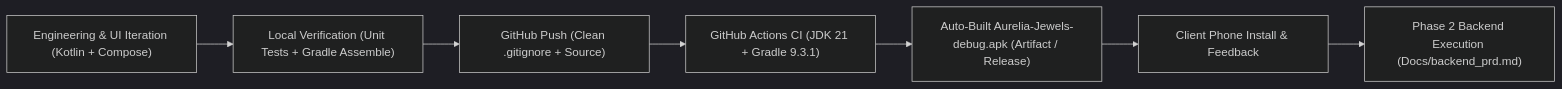
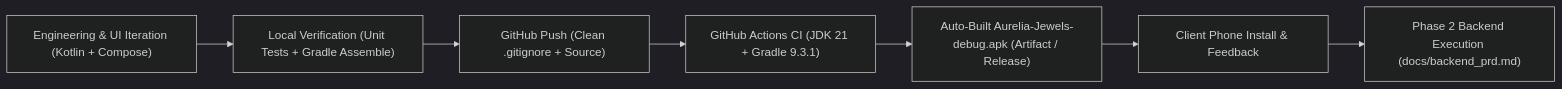
The fifth of 5 diagrams in README.md (weartome/Aurelia-Jewels-modern-app-ui), drawn with Mermaid (dark theme) before and after one commit. The commit also changed other lines of this file and 10 other files, not shown here.

````diff
--- a/README.md
+++ b/README.md
@@ -286,9 +280,9 @@
 ```mermaid
 flowchart LR
     DEV["Engineering & UI Iteration (Kotlin + Compose)"] --> TEST["Local Verification (Unit Tests + Gradle Assemble)"]
     TEST --> PUSH["GitHub Push (Clean .gitignore + Source)"]
     PUSH --> CI["GitHub Actions CI (JDK 21 + Gradle 9.3.1)"]
     CI --> APK["Auto-Built Aurelia-Jewels-debug.apk (Artifact / Release)"]
     APK --> UAT["Client Phone Install & Feedback"]
-    UAT --> PHASE2["Phase 2 Backend Execution (Docs/backend_prd.md)"]
+    UAT --> PHASE2["Phase 2 Backend Execution (docs/backend_prd.md)"]
 ```
````
